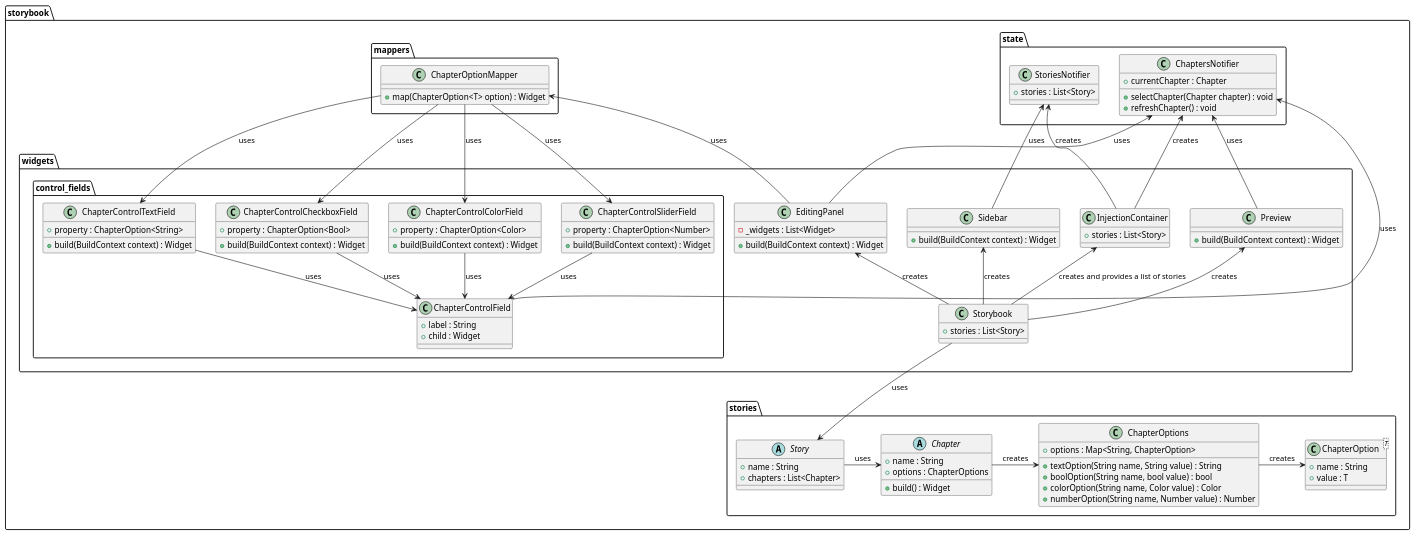
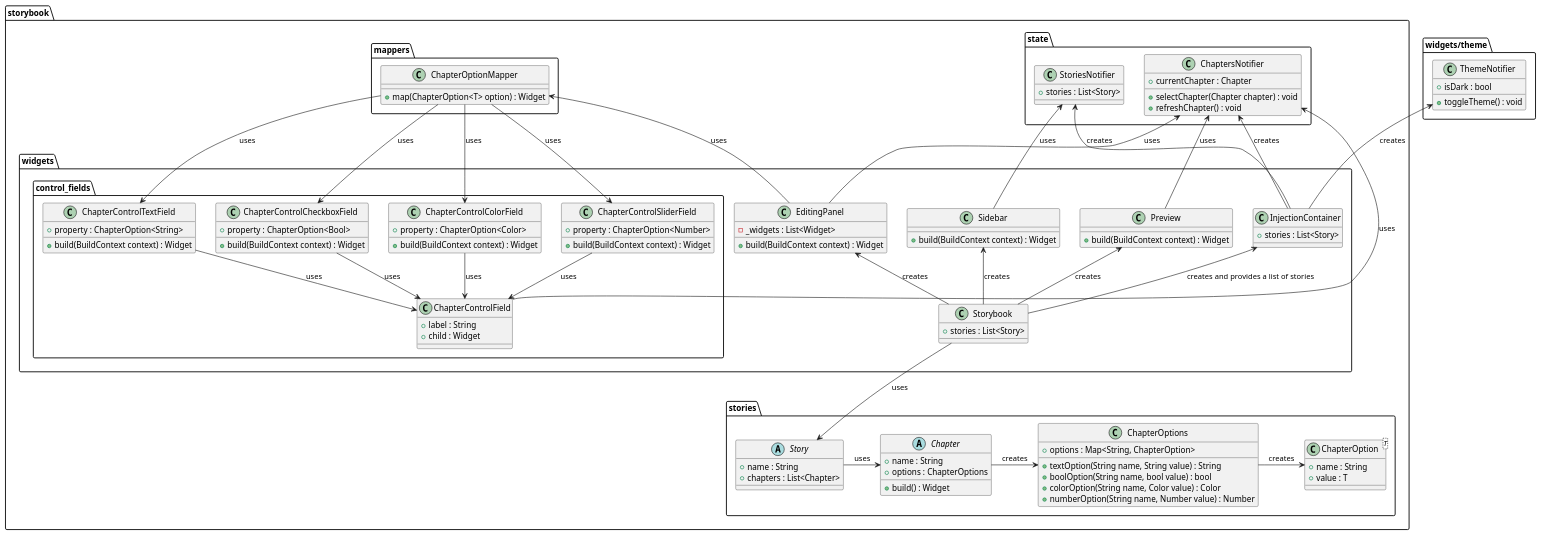
Before and after one commit to Flank/flank-dashboard: the diagram in metrics/web/docs/features/storybook/diagrams/metrics_storybook_class_diagram.puml, drawn with PlantUML. The commit also changed 1 other file, not shown here.

```diff
--- a/metrics/web/docs/features/storybook/diagrams/metrics_storybook_class_diagram.puml
+++ b/metrics/web/docs/features/storybook/diagrams/metrics_storybook_class_diagram.puml
@@ -1,134 +1,143 @@
 @startuml metrics_storybook_class_diagram
+
+package widgets/theme {
+    class ThemeNotifier {
+        + isDark : bool
+
+        + toggleTheme() : void
+    }
+}
 
 package storybook {
     package state {
         class ChaptersNotifier {
             + currentChapter : Chapter
 
             + selectChapter(Chapter chapter) : void
             + refreshChapter() : void
         }
 
         class StoriesNotifier {
             + stories : List<Story>
         }
     }
 
     package stories {
         abstract class Story {
             + name : String
             + chapters : List<Chapter>
         }
 
         abstract class Chapter {
             + name : String
             + options : ChapterOptions
 
             + build() : Widget
         }
 
         class ChapterOptions {
             + options : Map<String, ChapterOption>
 
             + textOption(String name, String value) : String
             + boolOption(String name, bool value) : bool
             + colorOption(String name, Color value) : Color
             + numberOption(String name, Number value) : Number
         }
 
         class ChapterOption<T> {
             + name : String
             + value : T
         }
     }
 
     package mappers {
         class ChapterOptionMapper {
             + map(ChapterOption<T> option) : Widget
         }
     }
 
     package widgets {
         class Storybook {
             + stories : List<Story>
         }
 
         class InjectionContainer {
             + stories : List<Story>
         }
 
         class Sidebar {
             + build(BuildContext context) : Widget
         }
 
         class Preview {
             + build(BuildContext context) : Widget
         }
 
         class EditingPanel {
             - _widgets : List<Widget>
 
             + build(BuildContext context) : Widget
         }
 
         package control_fields {
             class ChapterControlField {
                 + label : String
                 + child : Widget
             }
 
             class ChapterControlTextField {
                 + property : ChapterOption<String> 
 
                 + build(BuildContext context) : Widget
             }
 
             class ChapterControlCheckboxField {
                 + property : ChapterOption<Bool> 
 
                 + build(BuildContext context) : Widget
             }
 
             class ChapterControlColorField {
                 + property : ChapterOption<Color> 
 
                 + build(BuildContext context) : Widget
             }
             
             class ChapterControlSliderField {
                 + property : ChapterOption<Number> 
 
                 + build(BuildContext context) : Widget
             }
         }
     }
 }
 
 Storybook -up-> InjectionContainer : creates and provides a list of stories
 Storybook -up-> EditingPanel : creates
 Storybook -up-> Sidebar : creates
 Storybook -up-> Preview : creates
 InjectionContainer -up-> StoriesNotifier : creates
 InjectionContainer -up-> ChaptersNotifier : creates
+InjectionContainer -up-> ThemeNotifier : creates
 Storybook -down-> Story : uses
 Story -right-> Chapter : uses
 Chapter -right-> ChapterOptions : creates
 ChapterOptions -> ChapterOption : creates
 
 EditingPanel -up-> ChaptersNotifier : uses
 Sidebar -up-> StoriesNotifier : uses
 Preview -up-> ChaptersNotifier : uses
 EditingPanel -up-> ChapterOptionMapper : uses
 ChapterControlField -> ChaptersNotifier : uses
 
 ChapterOptionMapper -> ChapterControlTextField : uses
 ChapterOptionMapper -> ChapterControlCheckboxField : uses
 ChapterOptionMapper -> ChapterControlColorField : uses
 ChapterOptionMapper -> ChapterControlSliderField : uses
 
 ChapterControlTextField -down-> ChapterControlField : uses
 ChapterControlCheckboxField -down-> ChapterControlField : uses
 ChapterControlColorField -down-> ChapterControlField : uses
 ChapterControlSliderField -down-> ChapterControlField : uses
 
 @enduml
```
